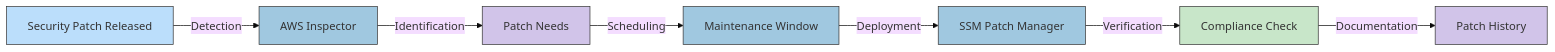
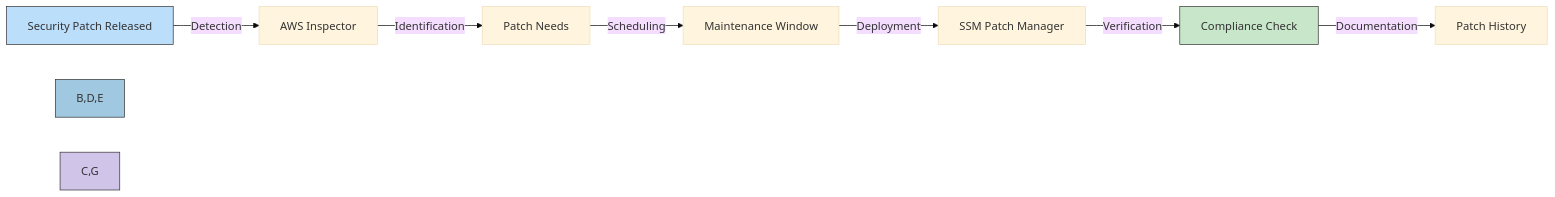
Before and after one commit to Hack23/cia: diagram 12 of 12 in SECURITY_ARCHITECTURE.md, drawn with Mermaid (base theme). The commit also changed other lines of this file, not shown here.

````diff
--- a/SECURITY_ARCHITECTURE.md
+++ b/SECURITY_ARCHITECTURE.md
@@ -947,20 +1216,14 @@
 ```mermaid
 graph LR
-    classDef event fill:#bbdefb,stroke:#333,stroke-width:1px
-    classDef service fill:#a0c8e0,stroke:#333,stroke-width:1px
-    classDef data fill:#d1c4e9,stroke:#333,stroke-width:1px
-    classDef security fill:#ffecb3,stroke:#333,stroke-width:1px,color:black
-    classDef process fill:#c8e6c9,stroke:#333,stroke-width:1px
-    
     A[Security Patch Released] -->|Detection| B[AWS Inspector]
     B -->|Identification| C[Patch Needs]
     C -->|Scheduling| D[Maintenance Window]
     D -->|Deployment| E[SSM Patch Manager]
     E -->|Verification| F[Compliance Check]
     F -->|Documentation| G[Patch History]
     
-    class A event
-    class B,D,E service
-    class C,G data
-    class F process
+    style A fill:#bbdefb,stroke:#333,stroke-width:1px
+    style B,D,E fill:#a0c8e0,stroke:#333,stroke-width:1px
+    style C,G fill:#d1c4e9,stroke:#333,stroke-width:1px
+    style F fill:#c8e6c9,stroke:#333,stroke-width:1px
 ```
````
